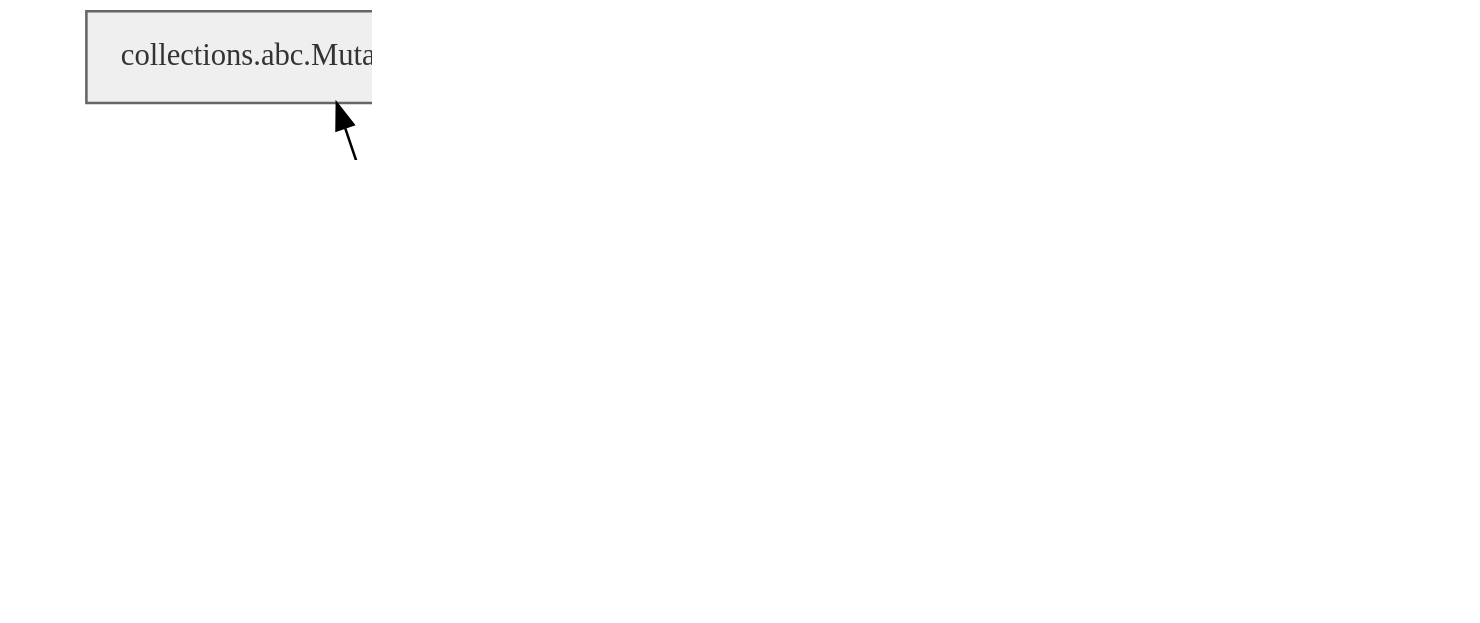
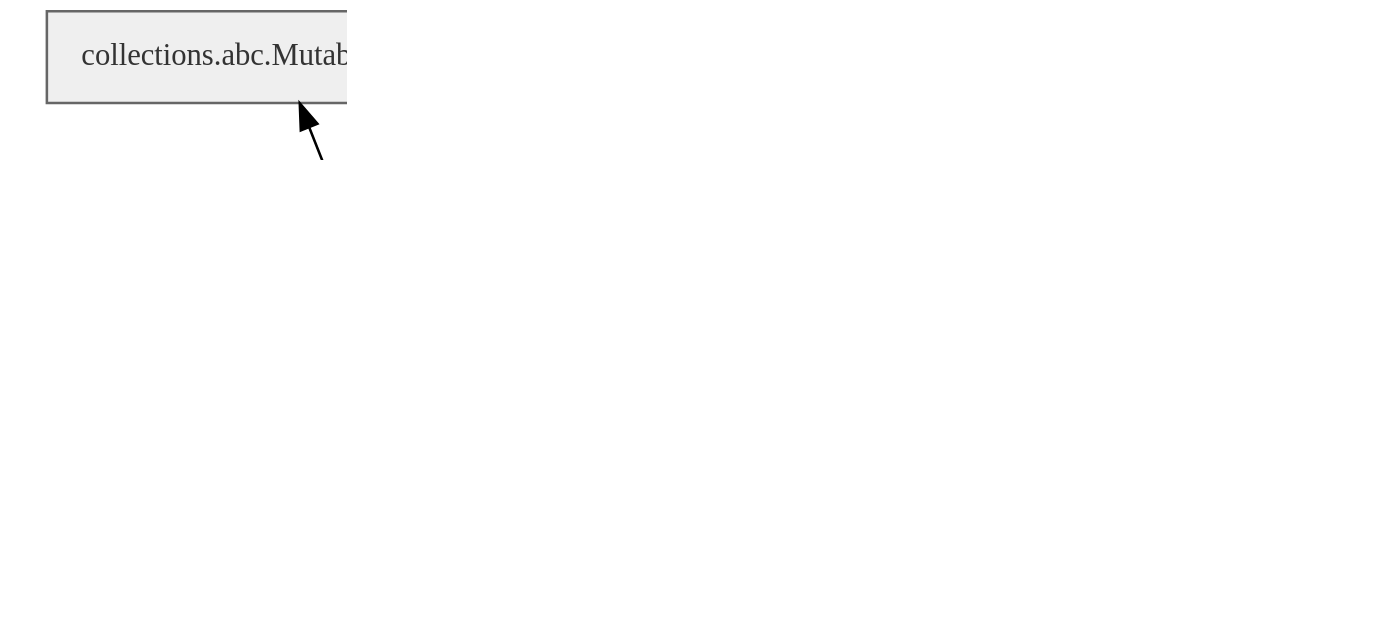
Before and after one commit to jab/bidict: the diagram in docs/_static/bidict-types-diagram.dot, drawn with Graphviz. The commit also changed 5 other files, not shown here.

Commit message:
Minor improvements to devcontainer and bidict-types-diagram build

```diff
--- a/docs/_static/bidict-types-diagram.dot
+++ b/docs/_static/bidict-types-diagram.dot
@@ -1,44 +1,44 @@
 // Copyright 2009-2022 Joshua Bronson. All rights reserved.
 //
 // This Source Code Form is subject to the terms of the Mozilla Public
 // License, v. 2.0. If a copy of the MPL was not distributed with this
 // file, You can obtain one at http://mozilla.org/MPL/2.0/.
 
 
-// See ../build-docs.sh for how to generate an image from this file.
+// See build-bidict-types-diagram.sh for how to generate a PNG from this file.
 
 digraph G {
   rankdir=BT
   dpi=300
   node [fontsize="12", shape="box"]
 
   subgraph ABCs {
-    node [fillcolor="#EFEFEF", color="#666666", fontcolor="#333333", style="filled", fontname="Cousine Nerd Font Italic"]
+    node [fillcolor="#EFEFEF", color="#666666", fontcolor="#333333", style="filled", fontname="OperatorMono Nerd Font Book Italic"]
     Mapping [label="collections.abc.Mapping"]
     MutableMapping [label="collections.abc.MutableMapping"]
     Hashable [label="collections.abc.Hashable"]
     MutableMapping -> Mapping
     { rank=same Mapping MutableMapping Hashable }
 
-    BidirectionalMapping [label="bidict._abc.BidirectionalMapping", style="filled, bold", fontcolor="black", fontname="Cousine Nerd Font Bold Italic"]
-    MutableBidirectionalMapping [label="bidict._abc.MutableBidirectionalMapping", style="filled, bold", fontcolor="black", fontname="Cousine Nerd Font Bold Italic"]
+    BidirectionalMapping [label="bidict._abc.BidirectionalMapping", style="filled, bold", fontcolor="black", fontname="OperatorMono Nerd Font Book Italic"]
+    MutableBidirectionalMapping [label="bidict._abc.MutableBidirectionalMapping", style="filled, bold", fontcolor="black", fontname="OperatorMono Nerd Font Book Italic"]
     BidirectionalMapping -> Mapping
     MutableBidirectionalMapping -> BidirectionalMapping
     MutableBidirectionalMapping -> MutableMapping
   }
 
   subgraph {
-    node [style="bold", fontname="FiraMono Nerd Font Bold"]
+    node [style="bold", fontname="OperatorMono Nerd Font Book"]
 
     bidict [label="bidict.bidict"]
     frozenbidict [label="bidict.frozenbidict"]
     OrderedBidict [label="bidict.OrderedBidict"]
     FrozenOrderedBidict [label="bidict.FrozenOrderedBidict"]
 
     bidict -> { MutableBidirectionalMapping }
     OrderedBidict -> { MutableBidirectionalMapping }
     FrozenOrderedBidict -> { BidirectionalMapping, Hashable }
     frozenbidict -> { BidirectionalMapping, Hashable }
     { rank=same bidict frozenbidict OrderedBidict FrozenOrderedBidict }
   }
 }
```
